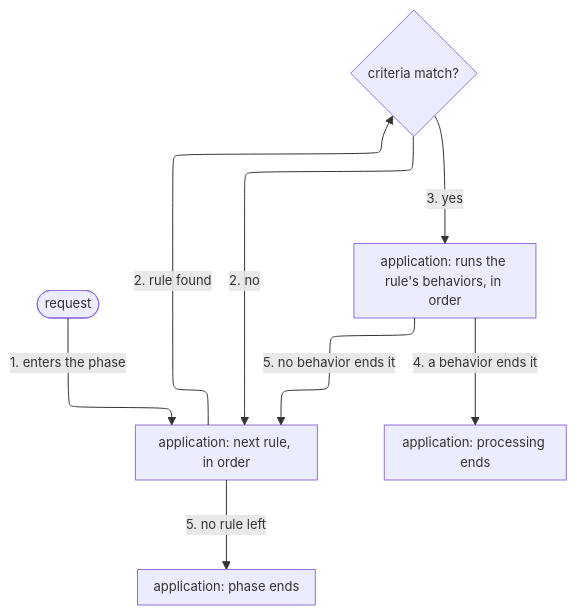
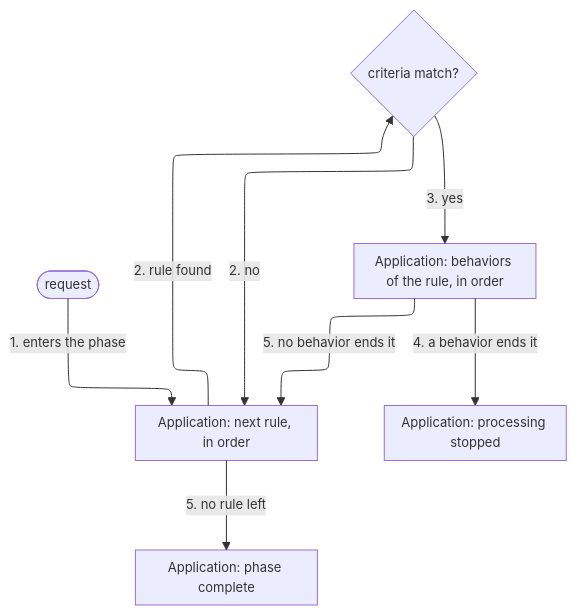
Before and after one commit to aziontech/docs: the third of 3 diagrams in apps/docs/src/content/docs/en/pages/build/applications/how-it-works.mdx, drawn with Mermaid. The commit also changed other lines of this file and 3 other files, not shown here.

````diff
--- a/apps/docs/src/content/docs/en/pages/build/applications/how-it-works.mdx
+++ b/apps/docs/src/content/docs/en/pages/build/applications/how-it-works.mdx
@@ -109,17 +109,17 @@
 ```mermaid
 %%{init: {"layout": "elk", "elk": {"cycleBreakingStrategy": "MODEL_ORDER"}, "themeVariables": {"fontSize": "13px"}, "flowchart": {"nodeSpacing": 24, "rankSpacing": 36, "padding": 8, "wrappingWidth": 150, "useMaxWidth": true}, "sequence": {"width": 120, "actorMargin": 30, "useMaxWidth": true}}}%%
 flowchart TD
   Req(["request"])
-  Next["application: next rule, in order"]
+  Next["Application: next rule, in order"]
   Match{"criteria match?"}
-  Run["application: runs the rule's behaviors, in order"]
-  Stop["application: processing ends"]
-  Done["application: phase ends"]
+  Run["Application: behaviors of the rule, in order"]
+  Stop["Application: processing stopped"]
+  Done["Application: phase complete"]
   Req -->|"1. enters the phase"| Next
   Next -->|"2. rule found"| Match
   Match -->|"2. no"| Next
   Match -->|"3. yes"| Run
   Run -->|"4. a behavior ends it"| Stop
   Run -->|"5. no behavior ends it"| Next
   Next -->|"5. no rule left"| Done
 ```
````
